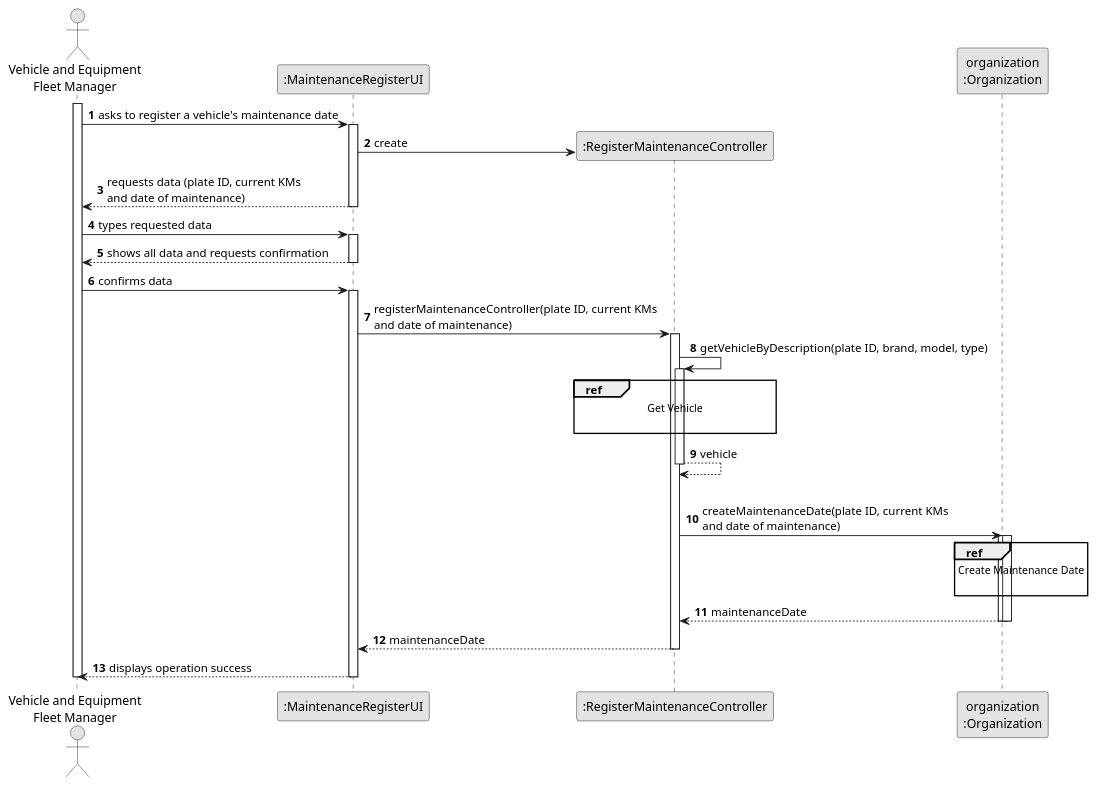
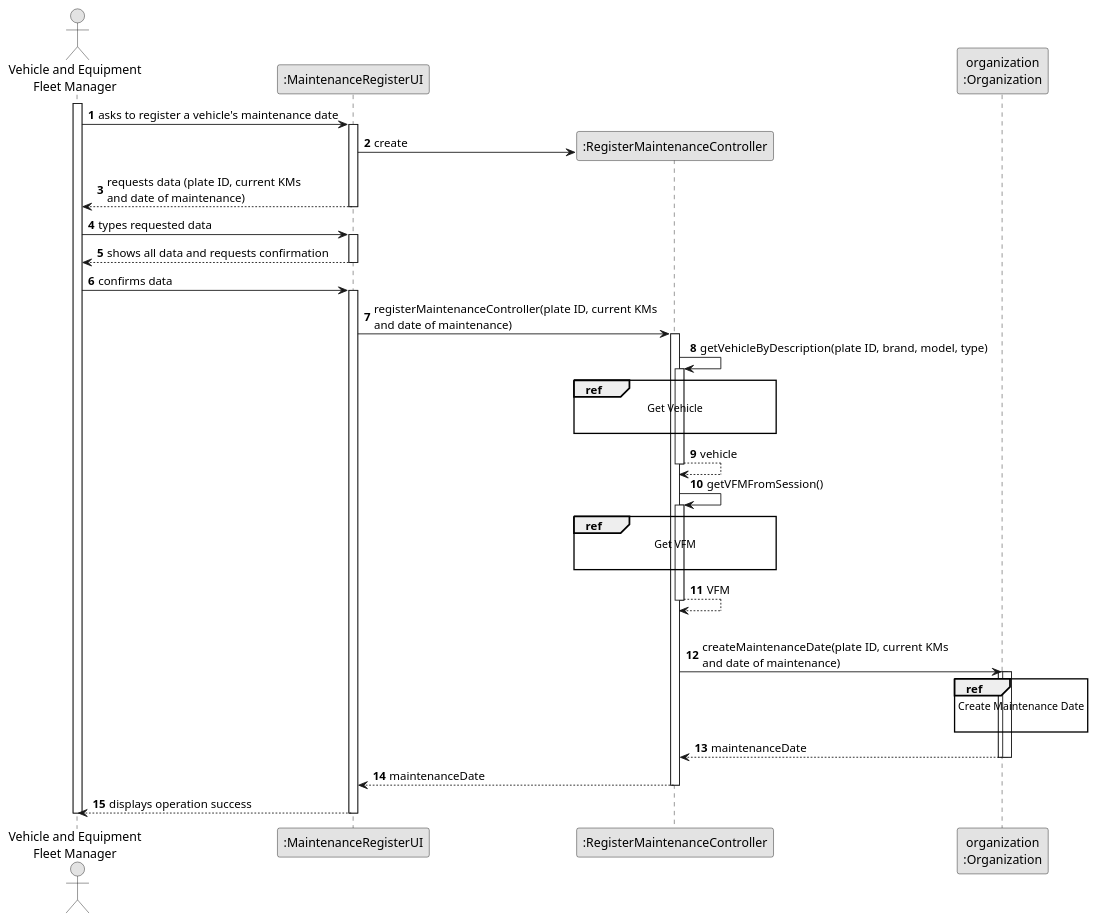
The diagram in docs/sprint2/us007/03.design/puml/us007-sequence-diagram-split.puml (tiagosoa/lei-24-s2-1dgh-g073), drawn with PlantUML before and after one commit. The commit also changed 4 other files, not shown here.

```diff
--- a/docs/sprint2/us007/03.design/puml/us007-sequence-diagram-split.puml
+++ b/docs/sprint2/us007/03.design/puml/us007-sequence-diagram-split.puml
@@ -2,75 +2,86 @@
 @startuml
 skinparam monochrome true
 skinparam packageStyle rectangle
 skinparam shadowing false
 
 autonumber
 
 'hide footbox
 actor "Vehicle and Equipment\nFleet Manager" as VEFL
 participant ":MaintenanceRegisterUI" as UI
 participant ":RegisterMaintenanceController" as RMC
 participant "organization\n:Organization" as ORG
 
 activate VEFL
 
         VEFL -> UI : asks to register a vehicle's maintenance date
 
         activate UI
 
 '            UI --> ADM : requests data (reference, description,  informal \n description, technical description, duration, cost)
             'create CTRL
             UI -> RMC** : create
 
 
 
             UI --> VEFL : requests data (plate ID, current KMs \nand date of maintenance)
         deactivate UI
 
     VEFL -> UI : types requested data
     activate UI
 
         UI --> VEFL : shows all data and requests confirmation
     deactivate UI
 
     VEFL -> UI : confirms data
     activate UI
 
         UI -> RMC : registerMaintenanceController(plate ID, current KMs \nand date of maintenance)
         activate RMC
 
             RMC -> RMC : getVehicleByDescription(plate ID, brand, model, type)
             activate RMC
                      ref over RMC
                         Get Vehicle
 
                      end
 
                RMC-->RMC : vehicle
             deactivate RMC
 
+
+             RMC -> RMC : getVFMFromSession()
+                        activate RMC
+            
+                            ref over RMC
+                              Get VFM
+            
+                            end ref
+            
+                            RMC --> RMC : VFM
+                        deactivate RMC
             |||
             RMC -> ORG: createMaintenanceDate(plate ID, current KMs \nand date of maintenance)
             activate ORG
 
                activate ORG
 
                                ref over ORG
                                    Create Maintenance Date
 
                                end
 
                                ORG --> RMC : maintenanceDate
                deactivate ORG
 
 
             deactivate ORG
 
             RMC --> UI: maintenanceDate
             deactivate RMC
             UI --> VEFL: displays operation success
     deactivate UI
 
 deactivate VEFL
 
 @enduml
```
